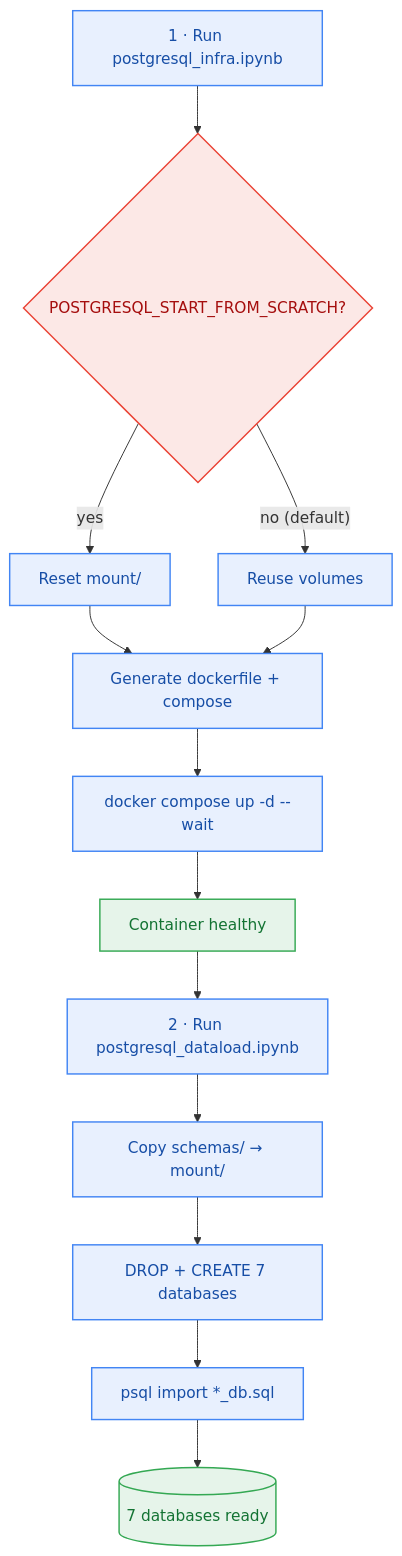
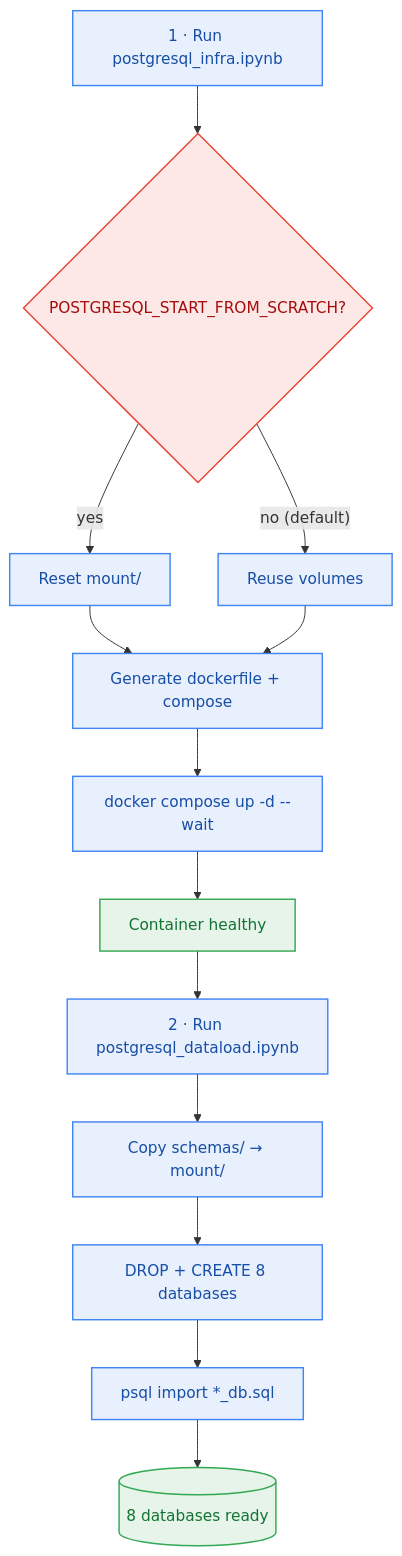
The second of 2 diagrams in README.md (relational-dbs/labs-setup), drawn with Mermaid before and after one commit. The commit also changed other lines of this file and 4 other files, not shown here.

````diff
--- a/README.md
+++ b/README.md
@@ -465,19 +478,19 @@
 ```mermaid
 flowchart TB
     classDef step fill:#e8f0fe,stroke:#4285f4,stroke-width:1.5px,color:#174ea6
     classDef dec  fill:#fce8e6,stroke:#ea4335,stroke-width:1.5px,color:#a50e0e
     classDef done fill:#e6f4ea,stroke:#34a853,stroke-width:1.5px,color:#137333
 
     S1["1 · Run postgresql_infra.ipynb"]:::step --> D{POSTGRESQL_START_FROM_SCRATCH?}:::dec
     D -->|"yes"| S2["Reset mount/"]:::step
     D -->|"no (default)"| S3["Reuse volumes"]:::step
     S2 --> S4["Generate dockerfile + compose"]:::step
     S3 --> S4
     S4 --> S5["docker compose up -d --wait"]:::step
     S5 --> S6["Container healthy"]:::done
     S6 --> S7["2 · Run postgresql_dataload.ipynb"]:::step
     S7 --> S8["Copy schemas/ → mount/"]:::step
-    S8 --> S9["DROP + CREATE 7 databases"]:::step
+    S8 --> S9["DROP + CREATE 8 databases"]:::step
     S9 --> S10["psql import *_db.sql"]:::step
-    S10 --> S11[("7 databases ready")]:::done
+    S10 --> S11[("8 databases ready")]:::done
 ```
````
